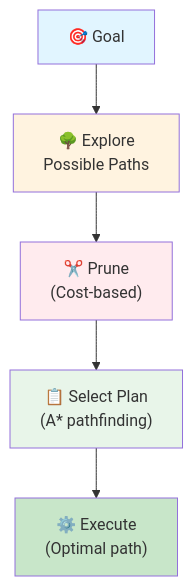
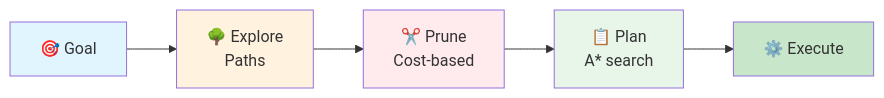
Before and after one commit to Algiras/vs-zinios-conference-2025-11-18: the sixth of 13 diagrams in slides/presentation.md, drawn with Mermaid. The commit also changed other lines of this file and 1 other file, not shown here.

Commit message:
fix: change GOAP diagram to horizontal layout
- Changed from vertical (TB) to horizontal (LR) flow
- Shortened labels to fit horizontal layout
- Adjusted diagram sizing: 35% height, 90% width
- Gave diagram column more space (1.1fr vs 0.9fr)
- Horizontal flow fits much better on widescreen slides

````diff
--- a/slides/presentation.md
+++ b/slides/presentation.md
@@ -1142,12 +1142,12 @@
 ```mermaid
-graph TB
-    GOAL["🎯 Goal"] --> EXPLORE["🌳 Explore<br/>Possible Paths"]
-    EXPLORE --> PRUNE["✂️ Prune<br/>(Cost-based)"]
-    PRUNE --> PLAN["📋 Select Plan<br/>(A* pathfinding)"]
-    PLAN --> EXEC["⚙️ Execute<br/>(Optimal path)"]
+graph LR
+    GOAL["🎯 Goal"] --> EXPLORE["🌳 Explore<br/>Paths"]
+    EXPLORE --> PRUNE["✂️ Prune<br/>Cost-based"]
+    PRUNE --> PLAN["📋 Plan<br/>A* search"]
+    PLAN --> EXEC["⚙️ Execute"]
     style GOAL fill:#e1f5ff
     style EXPLORE fill:#fff3e0
     style PRUNE fill:#ffebee
     style PLAN fill:#e8f5e9
     style EXEC fill:#c8e6c9
 ```
````
